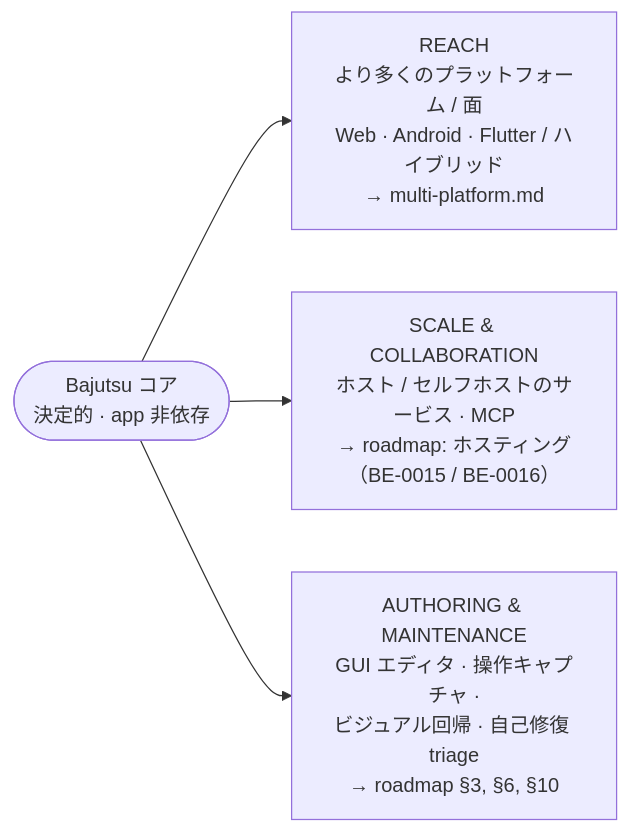
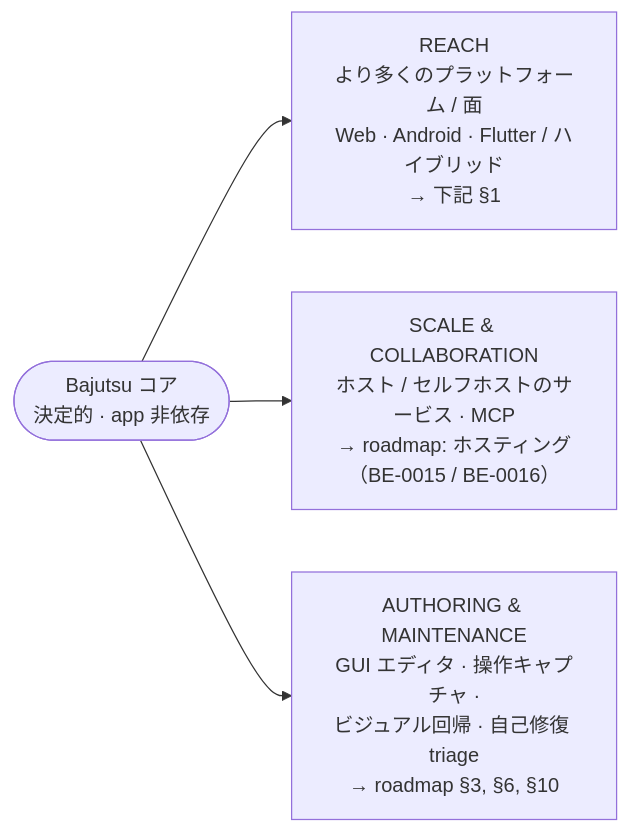
Before and after one commit to bajutsu-e2e/bajutsu: the diagram in docs/ja/vision.md, drawn with Mermaid. The commit also changed other lines of this file and 14 other files, not shown here.

````diff
--- a/docs/ja/vision.md
+++ b/docs/ja/vision.md
@@ -43,12 +44,12 @@
 ```mermaid
 flowchart LR
     core(["Bajutsu コア<br/>決定的 · app 非依存"])
 
-    reach["REACH<br/>より多くのプラットフォーム / 面<br/>Web · Android · Flutter / ハイブリッド<br/>→ multi-platform.md"]
+    reach["REACH<br/>より多くのプラットフォーム / 面<br/>Web · Android · Flutter / ハイブリッド<br/>→ 下記 §1"]
     scale["SCALE &amp; COLLABORATION<br/>ホスト / セルフホストのサービス · MCP<br/>→ roadmap: ホスティング（BE-0015 / BE-0016）"]
     authoring["AUTHORING &amp; MAINTENANCE<br/>GUI エディタ · 操作キャプチャ ·<br/>ビジュアル回帰 · 自己修復 triage<br/>→ roadmap §3, §6, §10"]
 
     core --> reach
     core --> scale
     core --> authoring
 ```
````
